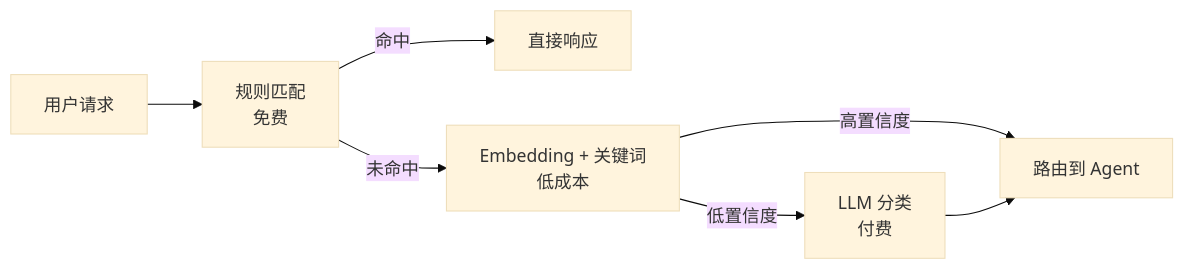
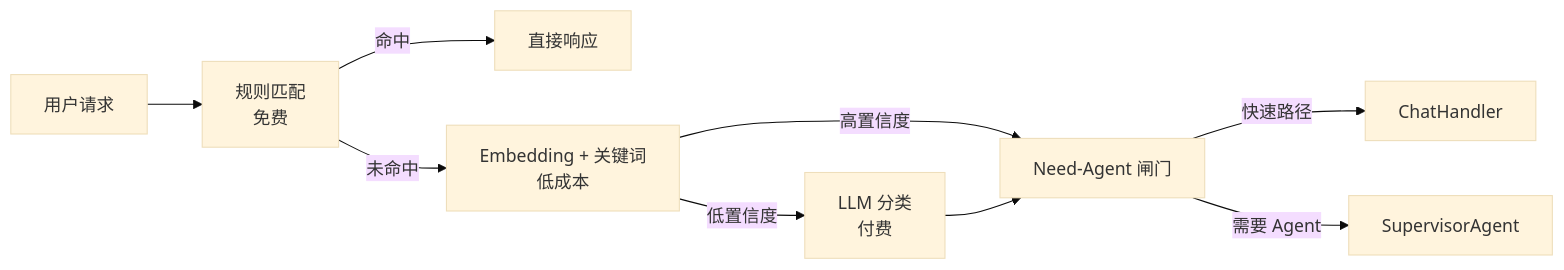
One commit to kkkano/FinSight changed the second of 3 diagrams in readme_cn.md. Above: the diagram before and after it, drawn with Mermaid (base theme). The commit also changed other lines of this file and 69 other files, not shown here.

````diff
--- a/readme_cn.md
+++ b/readme_cn.md
@@ -154,9 +180,11 @@
 ```mermaid
 flowchart LR
     Input[用户请求] --> Rule[规则匹配<br/>免费]
     Rule -->|命中| Direct[直接响应]
     Rule -->|未命中| Embed[Embedding + 关键词<br/>低成本]
-    Embed -->|高置信度| Agent[路由到 Agent]
+    Embed -->|高置信度| Gate[Need-Agent 闸门]
     Embed -->|低置信度| LLM[LLM 分类<br/>付费]
-    LLM --> Agent
+    LLM --> Gate
+    Gate -->|快速路径| Chat[ChatHandler]
+    Gate -->|需要 Agent| Agent[SupervisorAgent]
 ```
````
